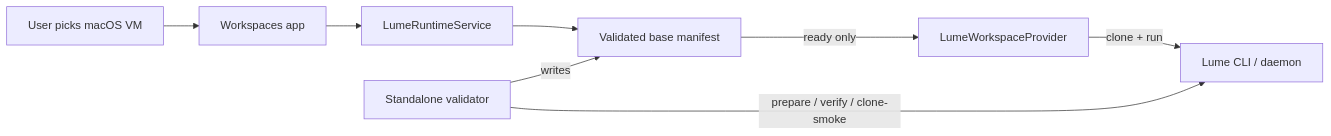
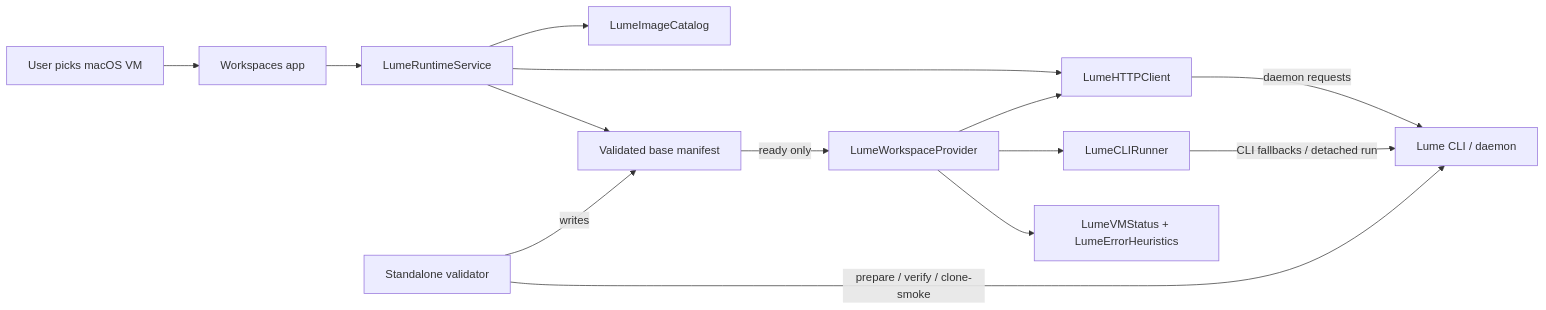
Before and after one commit to fairchild/workspaces: the first of 2 diagrams in docs/development/lume-integration.md, drawn with Mermaid. The commit also changed other lines of this file and 17 other files, not shown here.

Commit message:
Harden Lume runtime seams

````diff
--- a/docs/development/lume-integration.md
+++ b/docs/development/lume-integration.md
@@ -23,11 +23,17 @@
 ```mermaid
 flowchart LR
     User["User picks macOS VM"] --> App["Workspaces app"]
     App --> Runtime["LumeRuntimeService"]
+    Runtime --> Catalog["LumeImageCatalog"]
     Runtime --> Base["Validated base manifest"]
+    Runtime --> Transport["LumeHTTPClient"]
     Base -->|ready only| Provider["LumeWorkspaceProvider"]
-    Provider -->|clone + run| Lume["Lume CLI / daemon"]
+    Provider --> Transport
+    Provider --> Runner["LumeCLIRunner"]
+    Provider --> Normalizers["LumeVMStatus + LumeErrorHeuristics"]
+    Transport -->|daemon requests| Lume["Lume CLI / daemon"]
+    Runner -->|CLI fallbacks / detached run| Lume
 
     Validator["Standalone validator"] -->|prepare / verify / clone-smoke| Lume
     Validator -->|writes| Base
 ```
````
